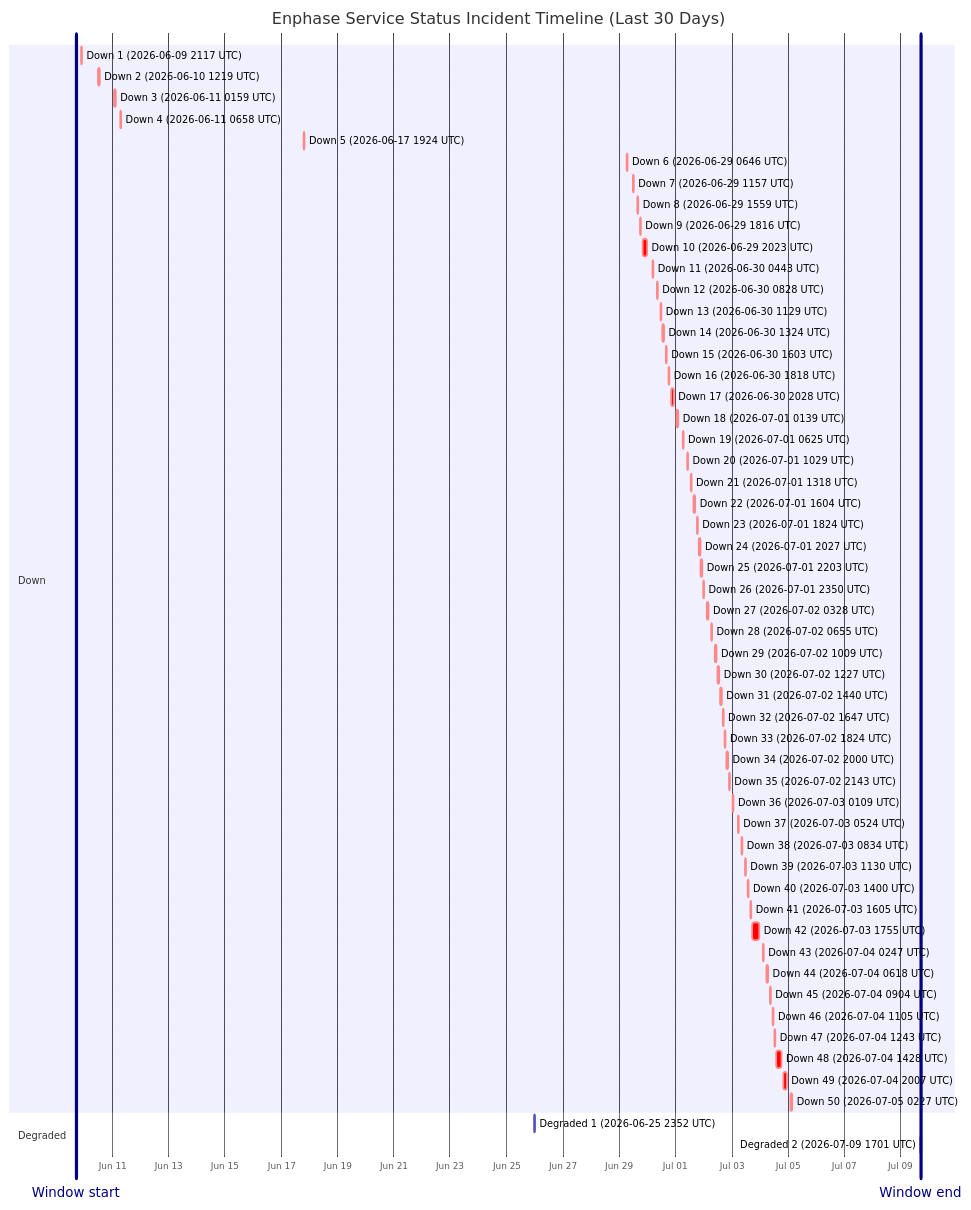
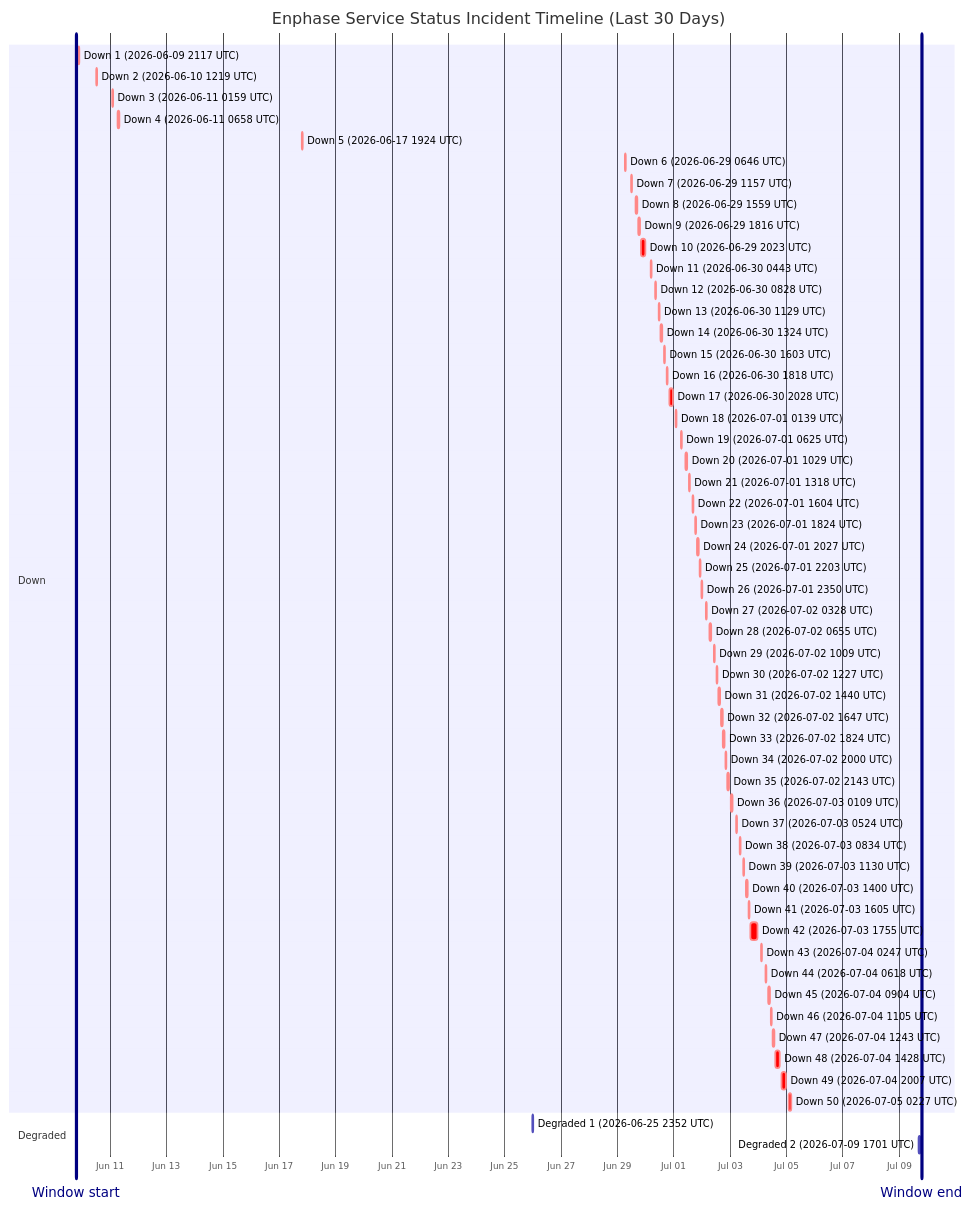
One commit to barneyonline/ha-enphase-energy changed the diagram in wiki/Service-Status-History.md. Above: the diagram before and after it, drawn with Mermaid. The commit also changed other lines of this file and 5 other files, not shown here.

````diff
--- a/wiki/Service-Status-History.md
+++ b/wiki/Service-Status-History.md
@@ -14,62 +14,62 @@
 ```mermaid
 gantt
     title Enphase Service Status Incident Timeline (Last 30 Days)
     dateFormat  YYYY-MM-DDTHH:mm:ss
     axisFormat  %b %d
-    Window start :vert, window-start, 2026-06-09T17:01:02, 0ms
-    Window end :vert, window-end, 2026-07-09T17:01:02, 0ms
+    Window start :vert, window-start, 2026-06-09T19:07:11, 0ms
+    Window end :vert, window-end, 2026-07-09T19:07:11, 0ms
     section Down
     Down 1 (2026-06-09 2117 UTC) :crit, down-1, 2026-06-09T21:17:17, 60m
     Down 2 (2026-06-10 1219 UTC) :crit, down-2, 2026-06-10T12:19:21, 60m
     Down 3 (2026-06-11 0159 UTC) :crit, down-3, 2026-06-11T01:59:36, 60m
     Down 4 (2026-06-11 0658 UTC) :crit, down-4, 2026-06-11T06:58:45, 60m
     Down 5 (2026-06-17 1924 UTC) :crit, down-5, 2026-06-17T19:24:51, 60m
     Down 6 (2026-06-29 0646 UTC) :crit, down-6, 2026-06-29T06:46:18, 60m
     Down 7 (2026-06-29 1157 UTC) :crit, down-7, 2026-06-29T11:57:36, 60m
     Down 8 (2026-06-29 1559 UTC) :crit, down-8, 2026-06-29T15:59:02, 60m
     Down 9 (2026-06-29 1816 UTC) :crit, down-9, 2026-06-29T18:16:38, 60m
     Down 10 (2026-06-29 2023 UTC) :crit, down-10, 2026-06-29T20:23:16, 220m
     Down 11 (2026-06-30 0443 UTC) :crit, down-11, 2026-06-30T04:43:54, 60m
     Down 12 (2026-06-30 0828 UTC) :crit, down-12, 2026-06-30T08:28:43, 60m
     Down 13 (2026-06-30 1129 UTC) :crit, down-13, 2026-06-30T11:29:15, 60m
     Down 14 (2026-06-30 1324 UTC) :crit, down-14, 2026-06-30T13:24:25, 60m
     Down 15 (2026-06-30 1603 UTC) :crit, down-15, 2026-06-30T16:03:26, 60m
     Down 16 (2026-06-30 1818 UTC) :crit, down-16, 2026-06-30T18:18:39, 60m
     Down 17 (2026-06-30 2028 UTC) :crit, down-17, 2026-06-30T20:28:54, 171m
     Down 18 (2026-07-01 0139 UTC) :crit, down-18, 2026-07-01T01:39:18, 60m
     Down 19 (2026-07-01 0625 UTC) :crit, down-19, 2026-07-01T06:25:35, 60m
     Down 20 (2026-07-01 1029 UTC) :crit, down-20, 2026-07-01T10:29:24, 60m
     Down 21 (2026-07-01 1318 UTC) :crit, down-21, 2026-07-01T13:18:31, 60m
     Down 22 (2026-07-01 1604 UTC) :crit, down-22, 2026-07-01T16:04:29, 60m
     Down 23 (2026-07-01 1824 UTC) :crit, down-23, 2026-07-01T18:24:21, 60m
     Down 24 (2026-07-01 2027 UTC) :crit, down-24, 2026-07-01T20:27:17, 60m
     Down 25 (2026-07-01 2203 UTC) :crit, down-25, 2026-07-01T22:03:46, 60m
     Down 26 (2026-07-01 2350 UTC) :crit, down-26, 2026-07-01T23:50:52, 60m
     Down 27 (2026-07-02 0328 UTC) :crit, down-27, 2026-07-02T03:28:33, 60m
     Down 28 (2026-07-02 0655 UTC) :crit, down-28, 2026-07-02T06:55:07, 60m
     Down 29 (2026-07-02 1009 UTC) :crit, down-29, 2026-07-02T10:09:15, 60m
     Down 30 (2026-07-02 1227 UTC) :crit, down-30, 2026-07-02T12:27:49, 60m
     Down 31 (2026-07-02 1440 UTC) :crit, down-31, 2026-07-02T14:40:53, 60m
     Down 32 (2026-07-02 1647 UTC) :crit, down-32, 2026-07-02T16:47:47, 60m
     Down 33 (2026-07-02 1824 UTC) :crit, down-33, 2026-07-02T18:24:26, 60m
     Down 34 (2026-07-02 2000 UTC) :crit, down-34, 2026-07-02T20:00:57, 60m
     Down 35 (2026-07-02 2143 UTC) :crit, down-35, 2026-07-02T21:43:52, 80m
     Down 36 (2026-07-03 0109 UTC) :crit, down-36, 2026-07-03T01:09:19, 60m
     Down 37 (2026-07-03 0524 UTC) :crit, down-37, 2026-07-03T05:24:23, 60m
     Down 38 (2026-07-03 0834 UTC) :crit, down-38, 2026-07-03T08:34:05, 60m
     Down 39 (2026-07-03 1130 UTC) :crit, down-39, 2026-07-03T11:30:41, 60m
     Down 40 (2026-07-03 1400 UTC) :crit, down-40, 2026-07-03T14:00:48, 60m
     Down 41 (2026-07-03 1605 UTC) :crit, down-41, 2026-07-03T16:05:49, 60m
     Down 42 (2026-07-03 1755 UTC) :crit, down-42, 2026-07-03T17:55:54, 338m
     Down 43 (2026-07-04 0247 UTC) :crit, down-43, 2026-07-04T02:47:22, 60m
     Down 44 (2026-07-04 0618 UTC) :crit, down-44, 2026-07-04T06:18:09, 60m
     Down 45 (2026-07-04 0904 UTC) :crit, down-45, 2026-07-04T09:04:41, 60m
     Down 46 (2026-07-04 1105 UTC) :crit, down-46, 2026-07-04T11:05:21, 60m
     Down 47 (2026-07-04 1243 UTC) :crit, down-47, 2026-07-04T12:43:25, 60m
     Down 48 (2026-07-04 1428 UTC) :crit, down-48, 2026-07-04T14:28:07, 243m
     Down 49 (2026-07-04 2007 UTC) :crit, down-49, 2026-07-04T20:07:50, 206m
     Down 50 (2026-07-05 0227 UTC) :crit, down-50, 2026-07-05T02:27:32, 109m
     section Degraded
     Degraded 1 (2026-06-25 2352 UTC) :active, degraded-1, 2026-06-25T23:52:01, 60m
     Degraded 2 (2026-07-09 1701 UTC) :active, degraded-2, 2026-07-09T17:01:02, 60m
 ```
````
